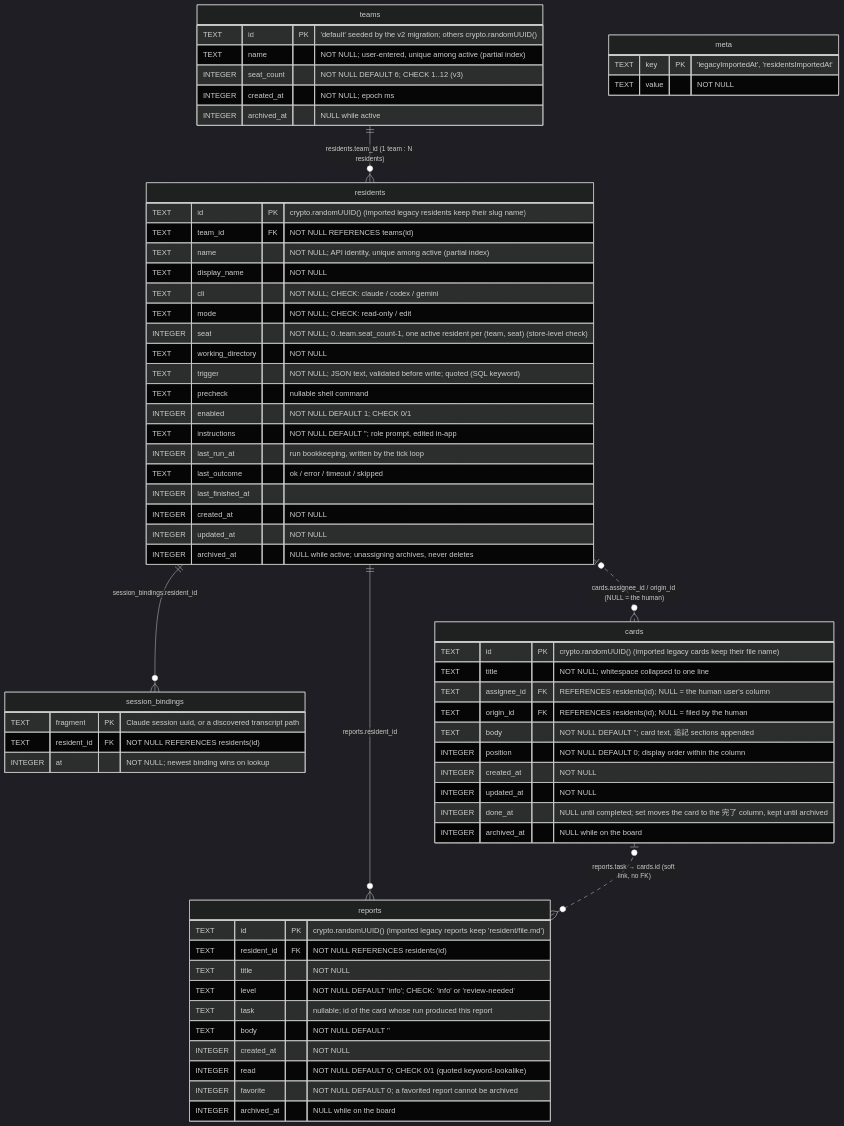
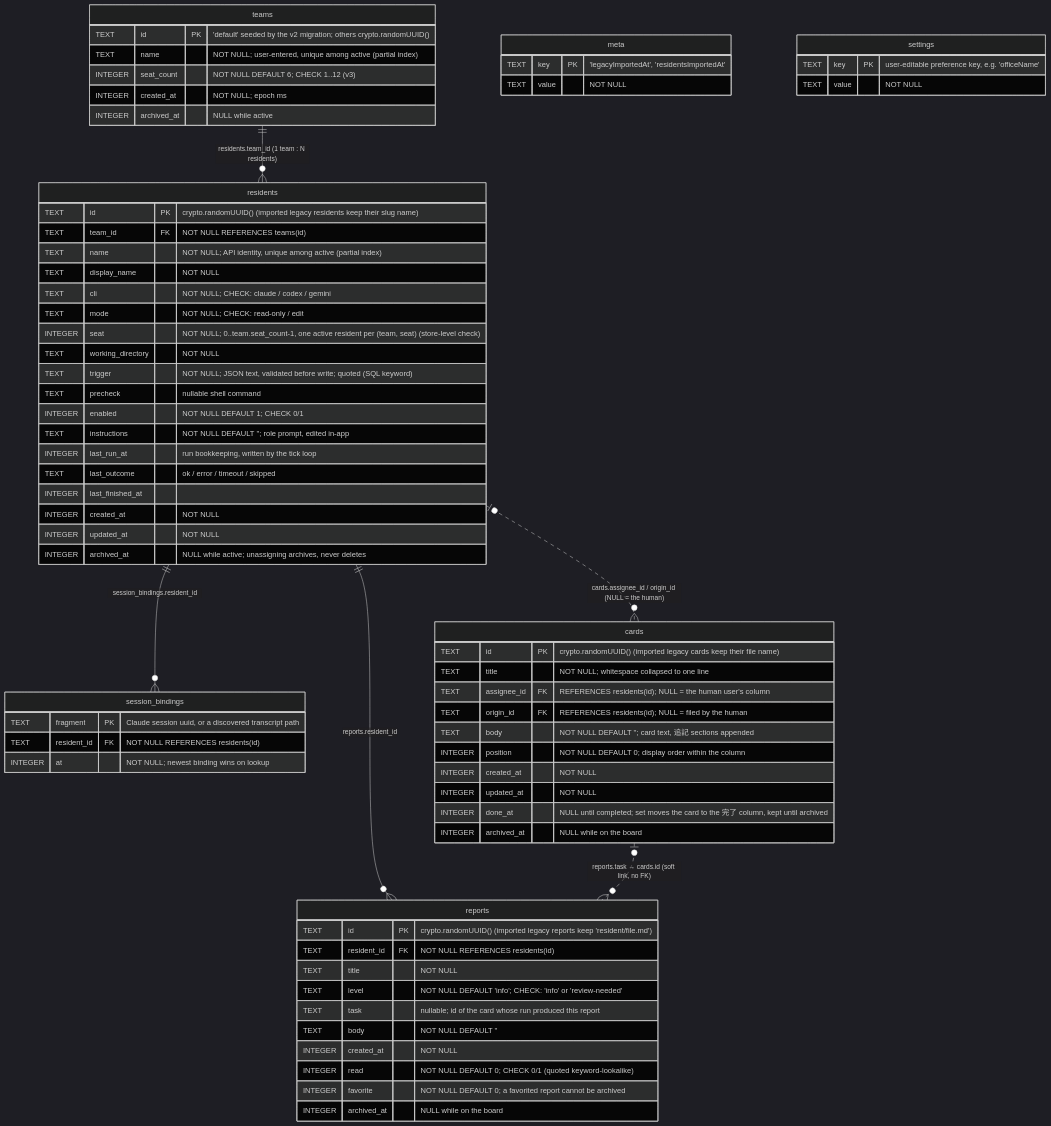
Before and after one commit to raihara3/ai-office: the diagram in docs/database.md, drawn with Mermaid (dark theme). The commit also changed other lines of this file and 13 other files, not shown here.

First line of the commit message:
Add user-editable office name for the entrance sign

````diff
--- a/docs/database.md
+++ b/docs/database.md
@@ -11,74 +11,79 @@
 ```mermaid
 erDiagram
     teams ||--o{ residents : "residents.team_id (1 team : N residents)"
     residents ||--o{ session_bindings : "session_bindings.resident_id"
     residents |o..o{ cards : "cards.assignee_id / origin_id (NULL = the human)"
     residents ||--o{ reports : "reports.resident_id"
     cards |o..o{ reports : "reports.task → cards.id (soft link, no FK)"
 
     teams {
         TEXT    id          PK "'default' seeded by the v2 migration; others crypto.randomUUID()"
         TEXT    name           "NOT NULL; user-entered, unique among active (partial index)"
         INTEGER seat_count     "NOT NULL DEFAULT 6; CHECK 1..12 (v3)"
         INTEGER created_at     "NOT NULL; epoch ms"
         INTEGER archived_at    "NULL while active"
     }
 
     residents {
         TEXT    id                PK "crypto.randomUUID() (imported legacy residents keep their slug name)"
         TEXT    team_id           FK "NOT NULL REFERENCES teams(id)"
         TEXT    name              "NOT NULL; API identity, unique among active (partial index)"
         TEXT    display_name      "NOT NULL"
         TEXT    cli               "NOT NULL; CHECK: claude / codex / gemini"
         TEXT    mode              "NOT NULL; CHECK: read-only / edit"
         INTEGER seat              "NOT NULL; 0..team.seat_count-1, one active resident per (team, seat) (store-level check)"
         TEXT    working_directory "NOT NULL"
         TEXT    trigger           "NOT NULL; JSON text, validated before write; quoted (SQL keyword)"
         TEXT    precheck          "nullable shell command"
         INTEGER enabled           "NOT NULL DEFAULT 1; CHECK 0/1"
         TEXT    instructions      "NOT NULL DEFAULT ''; role prompt, edited in-app"
         INTEGER last_run_at       "run bookkeeping, written by the tick loop"
         TEXT    last_outcome      "ok / error / timeout / skipped"
         INTEGER last_finished_at  ""
         INTEGER created_at        "NOT NULL"
         INTEGER updated_at        "NOT NULL"
         INTEGER archived_at       "NULL while active; unassigning archives, never deletes"
     }
 
     session_bindings {
         TEXT    fragment    PK "Claude session uuid, or a discovered transcript path"
         TEXT    resident_id FK "NOT NULL REFERENCES residents(id)"
         INTEGER at             "NOT NULL; newest binding wins on lookup"
     }
 
     cards {
         TEXT    id          PK "crypto.randomUUID() (imported legacy cards keep their file name)"
         TEXT    title          "NOT NULL; whitespace collapsed to one line"
         TEXT    assignee_id FK "REFERENCES residents(id); NULL = the human user's column"
         TEXT    origin_id   FK "REFERENCES residents(id); NULL = filed by the human"
         TEXT    body           "NOT NULL DEFAULT ''; card text, 追記 sections appended"
         INTEGER position       "NOT NULL DEFAULT 0; display order within the column"
         INTEGER created_at     "NOT NULL"
         INTEGER updated_at     "NOT NULL"
         INTEGER done_at        "NULL until completed; set moves the card to the 完了 column, kept until archived"
         INTEGER archived_at    "NULL while on the board"
     }
 
     reports {
         TEXT    id          PK "crypto.randomUUID() (imported legacy reports keep 'resident/file.md')"
         TEXT    resident_id FK "NOT NULL REFERENCES residents(id)"
         TEXT    title          "NOT NULL"
         TEXT    level          "NOT NULL DEFAULT 'info'; CHECK: 'info' or 'review-needed'"
         TEXT    task           "nullable; id of the card whose run produced this report"
         TEXT    body           "NOT NULL DEFAULT ''"
         INTEGER created_at     "NOT NULL"
         INTEGER read           "NOT NULL DEFAULT 0; CHECK 0/1 (quoted keyword-lookalike)"
         INTEGER favorite       "NOT NULL DEFAULT 0; a favorited report cannot be archived"
         INTEGER archived_at    "NULL while on the board"
     }
 
     meta {
         TEXT key   PK "'legacyImportedAt', 'residentsImportedAt'"
         TEXT value    "NOT NULL"
     }
+
+    settings {
+        TEXT key   PK "user-editable preference key, e.g. 'officeName'"
+        TEXT value    "NOT NULL"
+    }
 ```
````
